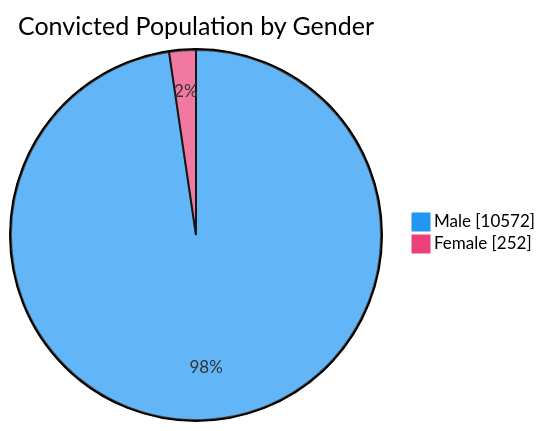
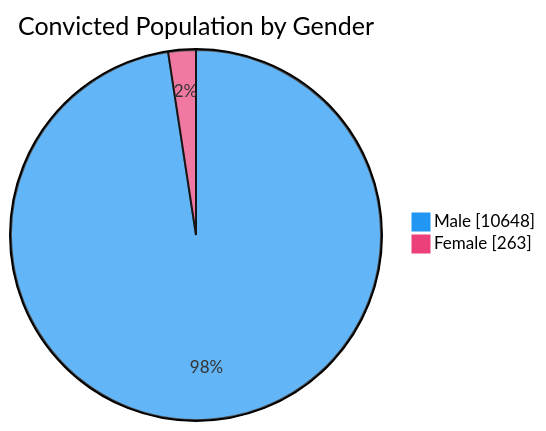
One commit to nuuuwan/lk_prisons changed the third of 7 diagrams in README.md. Above: the diagram before and after it, drawn with Mermaid. The commit also changed other lines of this file and 1 other file, not shown here.

````diff
--- a/README.md
+++ b/README.md
@@ -65,6 +65,6 @@
 ```mermaid
 %%{init: {'themeVariables': {'pie1': '#2196F3', 'pie2': '#EC407A'}}}%%
 pie showData title Convicted Population by Gender
-    "Male" : 10572
-    "Female" : 252
+    "Male" : 10648
+    "Female" : 263
 ```
````
